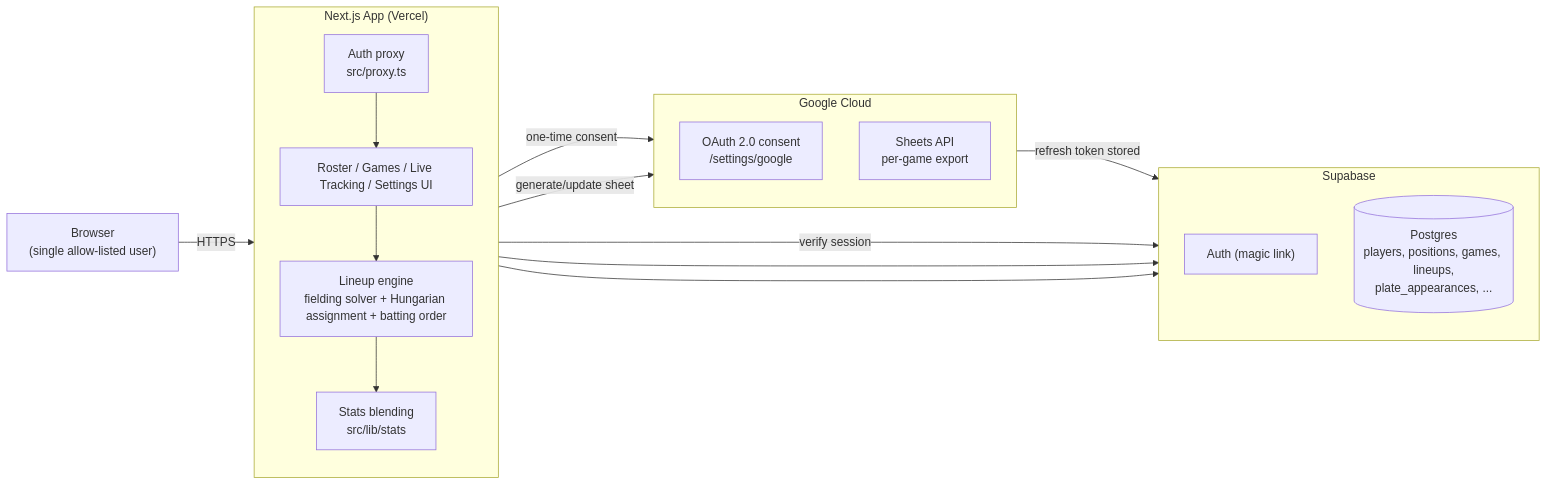
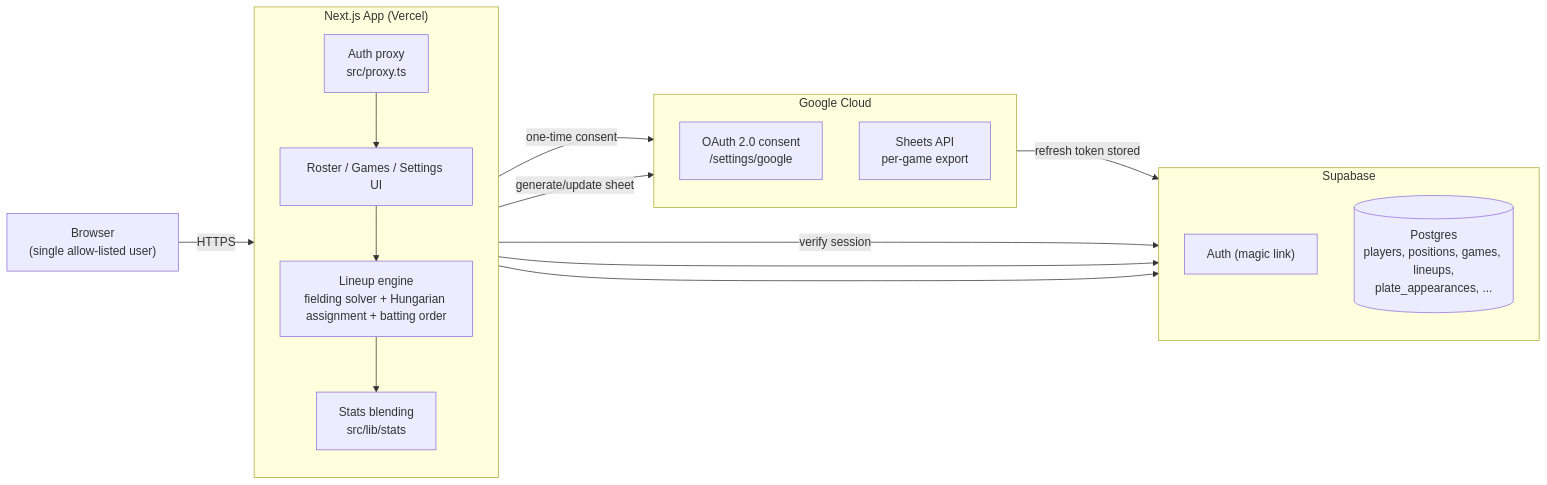
The diagram in README.md (ConnorStutsrim/kickball-manager), drawn with Mermaid before and after one commit. The commit also changed other lines of this file and 18 other files, not shown here.

````diff
--- a/README.md
+++ b/README.md
@@ -62,35 +57,35 @@
 ```mermaid
 flowchart LR
     Browser["Browser<br/>(single allow-listed user)"]
 
     subgraph App["Next.js App (Vercel)"]
         direction TB
         Proxy["Auth proxy<br/>src/proxy.ts"]
-        UI["Roster / Games / Live Tracking / Settings UI"]
+        UI["Roster / Games / Settings UI"]
         Engine["Lineup engine<br/>fielding solver + Hungarian assignment + batting order"]
         Stats["Stats blending<br/>src/lib/stats"]
     end
 
     subgraph SB["Supabase"]
         direction TB
         SBAuth["Auth (magic link)"]
         DB[("Postgres<br/>players, positions, games, lineups,<br/>plate_appearances, ...")]
     end
 
     subgraph GCP["Google Cloud"]
         direction TB
         OAuth["OAuth 2.0 consent<br/>/settings/google"]
         Sheets["Sheets API<br/>per-game export"]
     end
 
     Browser -->|HTTPS| Proxy
     Proxy -->|verify session| SBAuth
     Proxy --> UI
     UI --> Engine
     Engine --> Stats
     Stats --> DB
     UI --> DB
     UI -->|one-time consent| OAuth
     OAuth -->|refresh token stored| DB
     UI -->|generate/update sheet| Sheets
 ```
````
